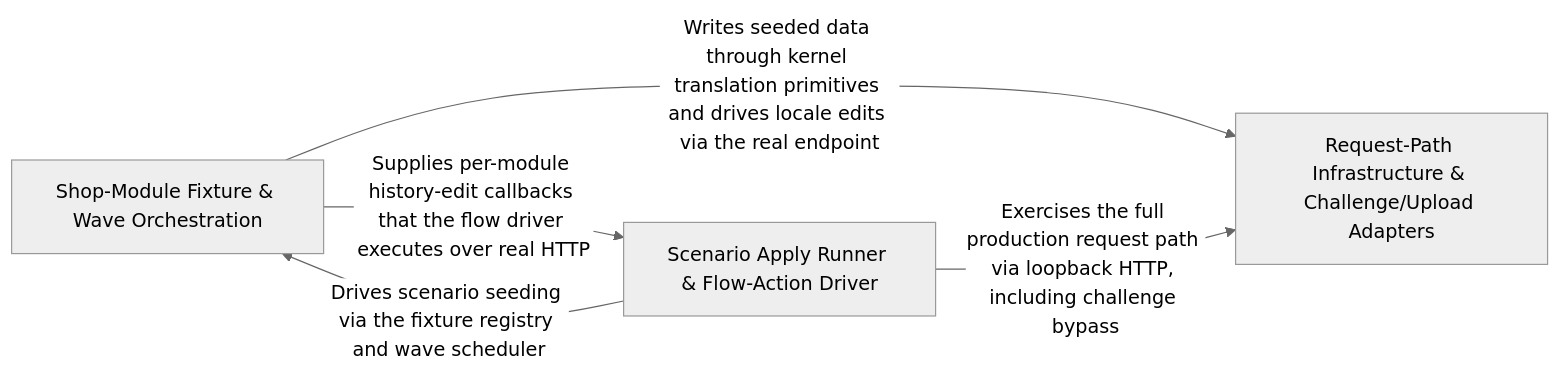
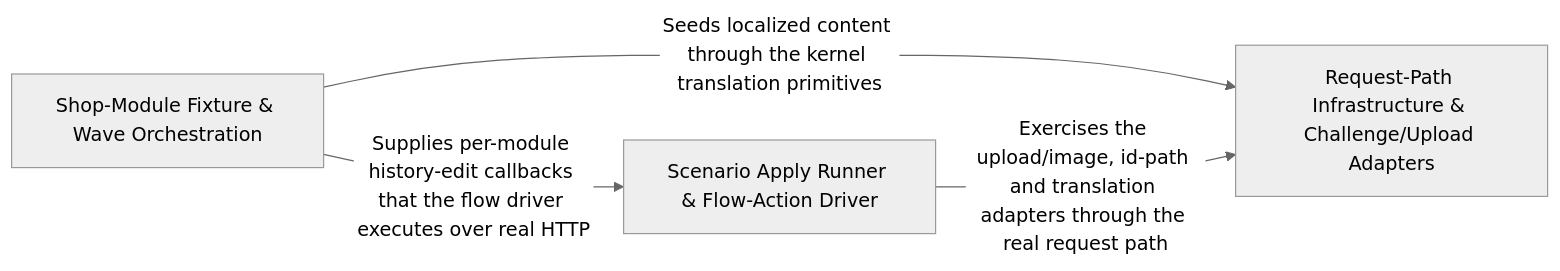
One commit to Guebbit/boilerplate-node-backend changed the diagram in .2brain/arch/Scenario_Execution_Flow_Action_Driver.md. Above: the diagram before and after it, drawn with Mermaid (neutral theme). The commit also changed other lines of this file and 627 other files, not shown here.

````diff
--- a/.2brain/arch/Scenario_Execution_Flow_Action_Driver.md
+++ b/.2brain/arch/Scenario_Execution_Flow_Action_Driver.md
@@ -10,10 +10,9 @@
 ```mermaid
 graph LR
     Request_Path_Infrastructure_Challenge_Upload_Adapters["Request-Path Infrastructure & Challenge/Upload Adapters"]
     Shop_Module_Fixture_Wave_Orchestration["Shop-Module Fixture & Wave Orchestration"]
     Scenario_Apply_Runner_Flow_Action_Driver["Scenario Apply Runner & Flow-Action Driver"]
-    Shop_Module_Fixture_Wave_Orchestration -- "Writes seeded data through kernel translation primitives and drives locale edits via the real endpoint" --> Request_Path_Infrastructure_Challenge_Upload_Adapters
+    Shop_Module_Fixture_Wave_Orchestration -- "Seeds localized content through the kernel translation primitives" --> Request_Path_Infrastructure_Challenge_Upload_Adapters
     Shop_Module_Fixture_Wave_Orchestration -- "Supplies per-module history-edit callbacks that the flow driver executes over real HTTP" --> Scenario_Apply_Runner_Flow_Action_Driver
-    Scenario_Apply_Runner_Flow_Action_Driver -- "Exercises the full production request path via loopback HTTP, including challenge bypass" --> Request_Path_Infrastructure_Challenge_Upload_Adapters
-    Scenario_Apply_Runner_Flow_Action_Driver -- "Drives scenario seeding via the fixture registry and wave scheduler" --> Shop_Module_Fixture_Wave_Orchestration
+    Scenario_Apply_Runner_Flow_Action_Driver -- "Exercises the upload/image, id-path and translation adapters through the real request path" --> Request_Path_Infrastructure_Challenge_Upload_Adapters
 ```
````
